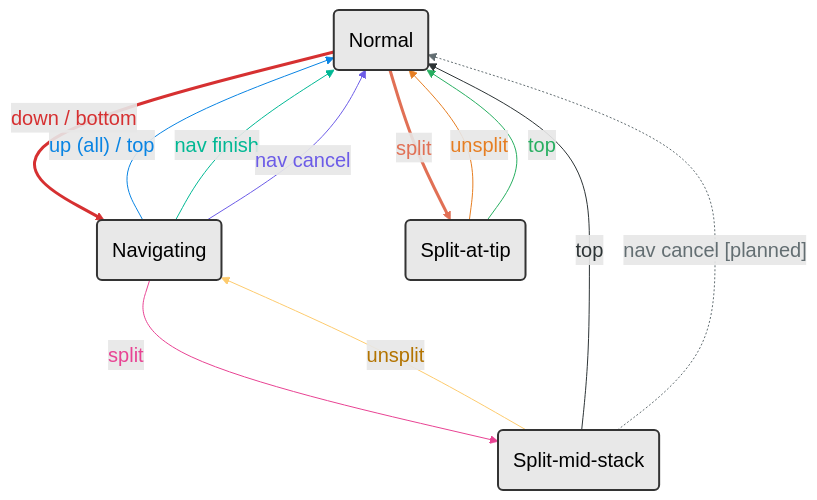
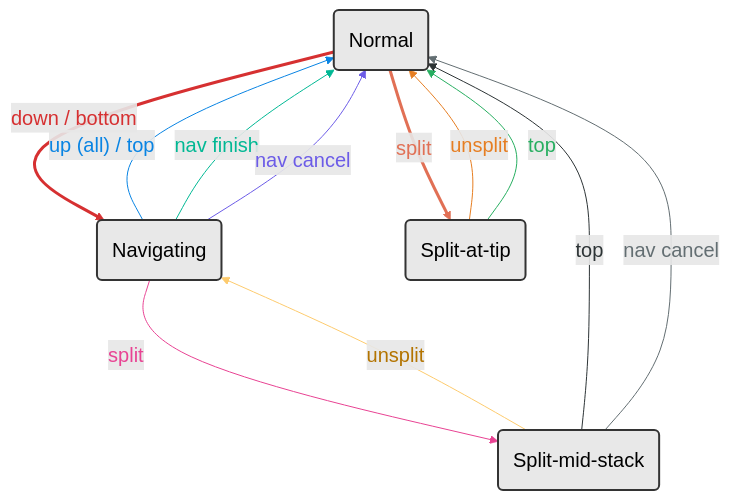
One commit to MichaelSims/git-jaspr changed the diagram in doc/adr/0001-navigation-state-machine.md. Above: the diagram before and after it, drawn with Mermaid. The commit also changed other lines of this file and 6 other files, not shown here.

First line of the commit message:
Allow nav cancel during split as a hard escape

````diff
--- a/doc/adr/0001-navigation-state-machine.md
+++ b/doc/adr/0001-navigation-state-machine.md
@@ -44,59 +44,59 @@
 ```mermaid
 ---
 config:
   flowchart:
     nodeSpacing: 80
     rankSpacing: 120
   themeVariables:
     fontSize: 20px
 ---
 flowchart TD
     classDef state fill:#e8e8e8,stroke:#333,stroke-width:2px,color:#000
 
     N(Normal):::state
     NAV(Navigating):::state
     ST(Split-at-tip):::state
     SMS(Split-mid-stack):::state
 
     %% Transitions FROM Normal (thick red)
     N == "down / bottom" ==> NAV
     N == "split" ==> ST
 
     %% Navigating back to Normal
     NAV -- "up (all) / top" --> N
     NAV -- "nav finish" --> N
     NAV -- "nav cancel" --> N
 
     %% Split transitions
     NAV -- "split" --> SMS
     SMS -- "unsplit" --> NAV
     ST -- "unsplit" --> N
     ST -- "top" --> N
 
     %% Split-mid-stack to Normal
     SMS -- "top" --> N
-    SMS -. "nav cancel [planned]" .-> N
+    SMS -- "nav cancel" --> N
 
     %% 0: N --down/bottom--> NAV
     linkStyle 0 stroke:#d63031,stroke-width:3px,color:#d63031
     %% 1: N --split--> ST
     linkStyle 1 stroke:#e17055,stroke-width:3px,color:#e17055
     %% 2: NAV --up(all)/top--> N
     linkStyle 2 stroke:#0984e3,color:#0984e3
     %% 3: NAV --nav finish--> N
     linkStyle 3 stroke:#00b894,color:#00b894
     %% 4: NAV --nav cancel--> N
     linkStyle 4 stroke:#6c5ce7,color:#6c5ce7
     %% 5: NAV --split--> SMS
     linkStyle 5 stroke:#e84393,color:#e84393
     %% 6: SMS --unsplit--> NAV
     linkStyle 6 stroke:#fdcb6e,color:#b37400
     %% 7: ST --unsplit--> N
     linkStyle 7 stroke:#e67e22,color:#e67e22
     %% 8: ST --top--> N
     linkStyle 8 stroke:#27ae60,color:#27ae60
     %% 9: SMS --top--> N
     linkStyle 9 stroke:#2d3436,color:#2d3436
-    %% 10: SMS --nav cancel [planned]--> N
+    %% 10: SMS --nav cancel--> N
     linkStyle 10 stroke:#636e72,color:#636e72
 ```
````
